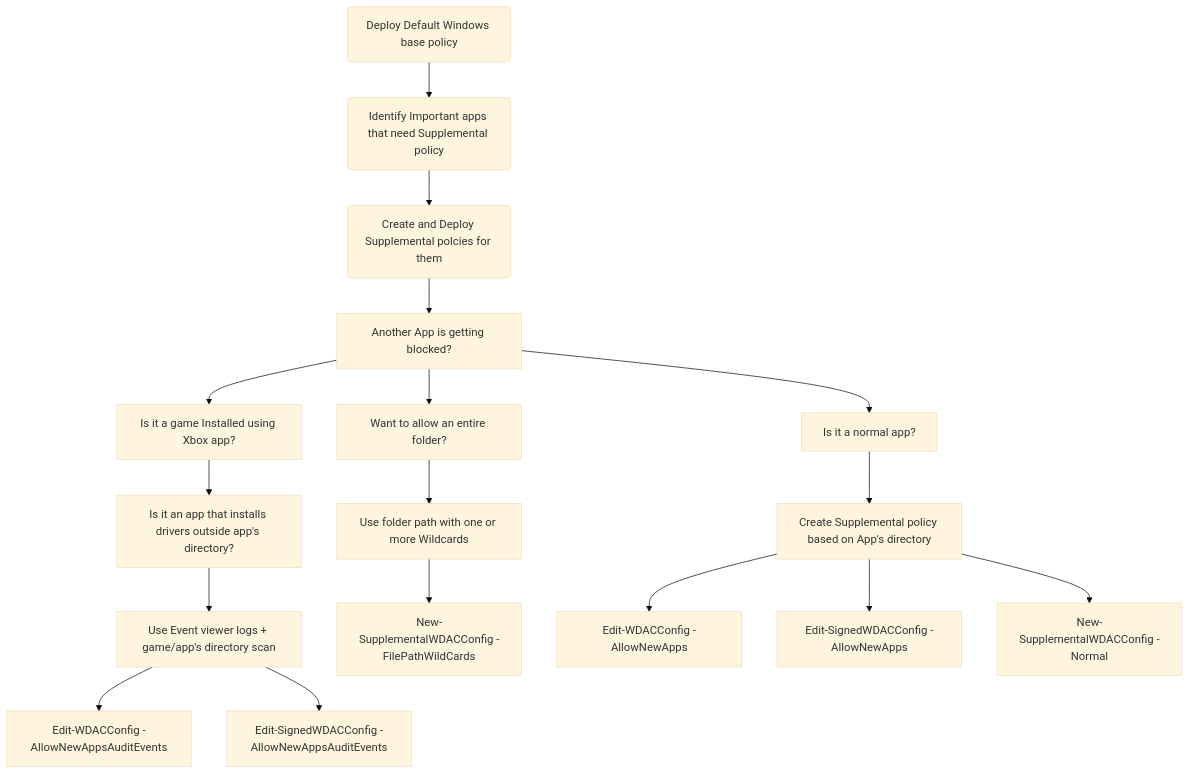
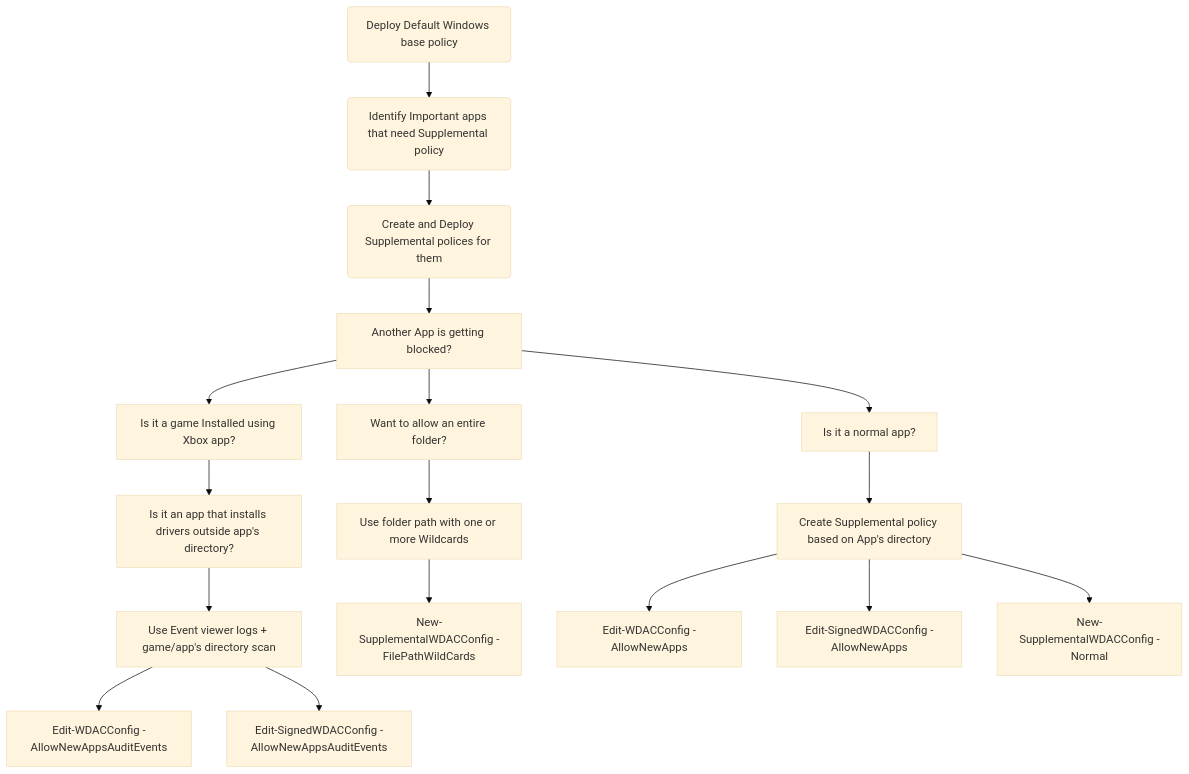
Before and after one commit to HotCakeX/Harden-Windows-Security: the diagram in Wiki posts/Windows Defender Application Control (WDAC)/WDAC for Fully managed device - Variant 2.md, drawn with Mermaid (base theme). The commit also changed other lines of this file and 11 other files, not shown here.

````diff
--- a/Wiki posts/Windows Defender Application Control (WDAC)/WDAC for Fully managed device - Variant 2.md
+++ b/Wiki posts/Windows Defender Application Control (WDAC)/WDAC for Fully managed device - Variant 2.md
@@ -9,19 +9,19 @@
 ```mermaid
 flowchart TD
     A(Deploy Default Windows base policy) -->B(Identify Important apps that need Supplemental policy)
-    B --> C(Create and Deploy Supplemental polcies for them)
+    B --> C(Create and Deploy Supplemental polices for them)
     C --> D[Another App is getting blocked?]
     D --> E[Is it a normal app?]
     E --> F[Create Supplemental policy based on App's directory]
     D --> G[Is it a game Installed using Xbox app?]
     G --> H[Is it an app that installs drivers outside app's directory?]
     H --> I[Use Event viewer logs + game/app's directory scan]
     I --> J[Edit-WDACConfig -AllowNewAppsAuditEvents]
     I --> K[Edit-SignedWDACConfig -AllowNewAppsAuditEvents]       
     D --> L[Want to allow an entire folder?]
     L --> M[Use folder path with one or more Wildcards]
     M --> N[New-SupplementalWDACConfig -FilePathWildCards]
     F --> O[Edit-WDACConfig -AllowNewApps]
     F --> P[Edit-SignedWDACConfig -AllowNewApps]
     F --> Q[New-SupplementalWDACConfig -Normal]
 ```
````
